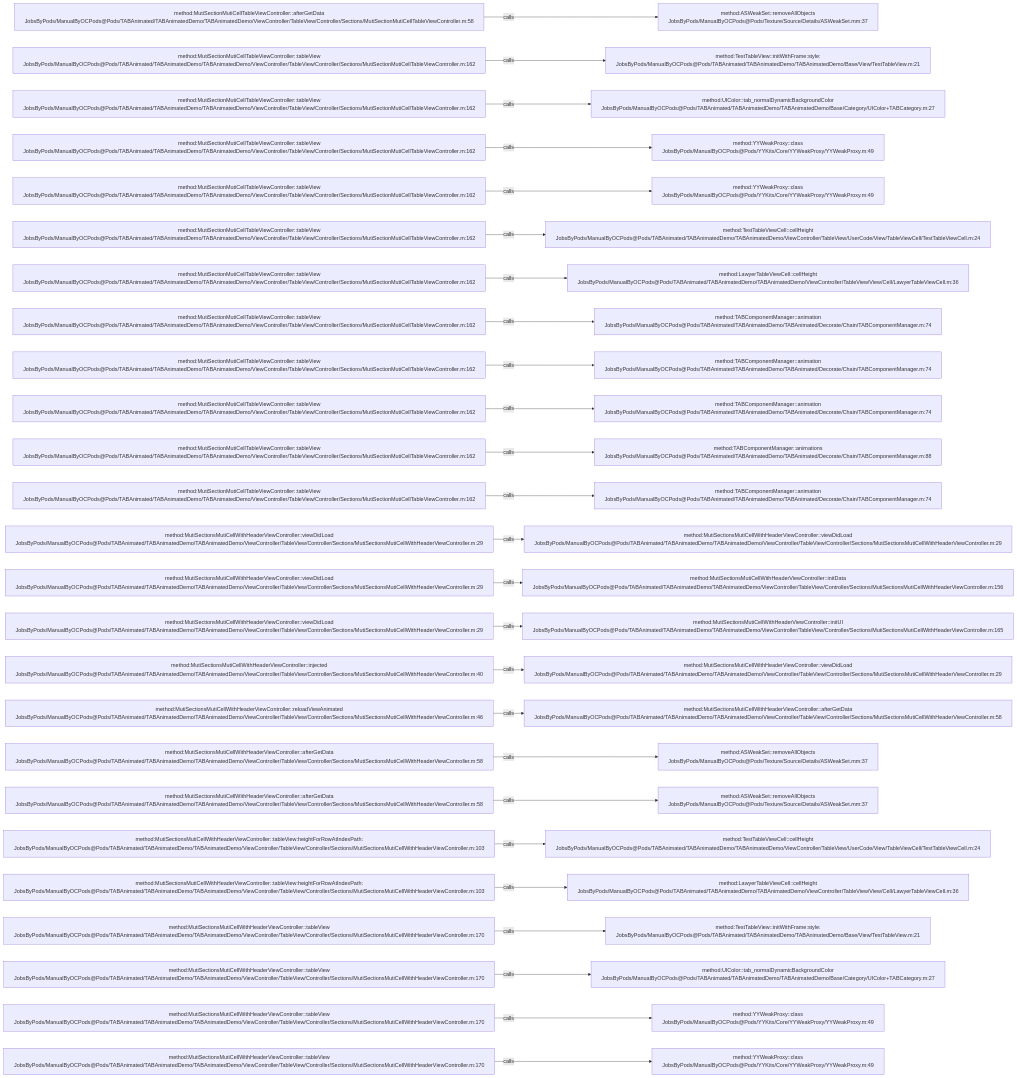
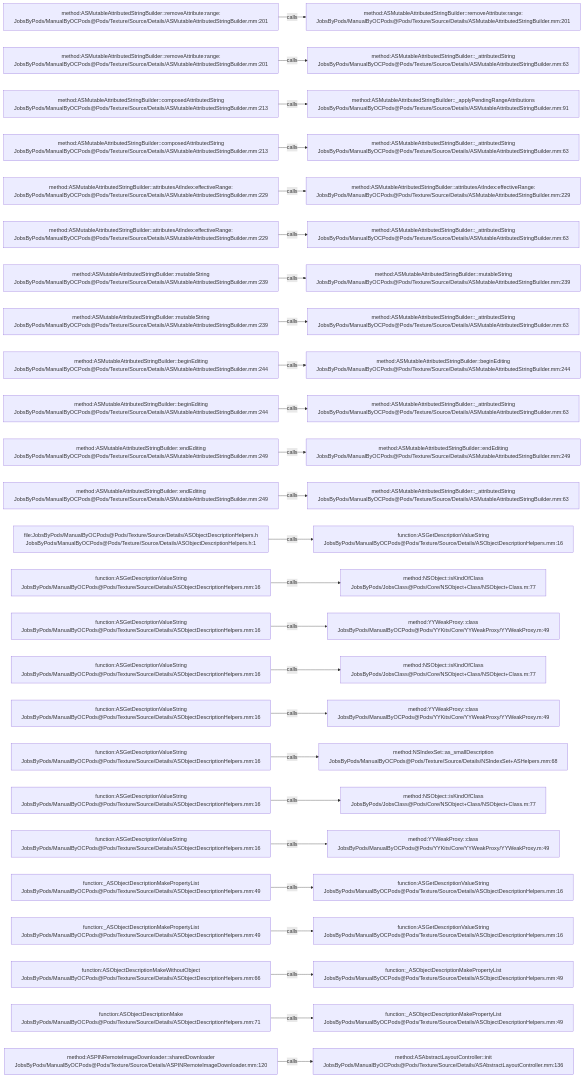
Before and after one commit to JobsKits/JobsOCBaseConfigDemo: the diagram in .codegraph/codegraph.md/graphs/calls-168.md, drawn with Mermaid. The commit also changed 2162 other files, not shown here.

````diff
--- a/.codegraph/codegraph.md/graphs/calls-168.md
+++ b/.codegraph/codegraph.md/graphs/calls-168.md
@@ -13,78 +13,78 @@
 ```mermaid
 flowchart LR
-  S1["method:MutiSectionMutiCellTableViewController::afterGetData<br/>JobsByPods/ManualByOCPods@Pods/TABAnimated/TABAnimatedDemo/TABAnimatedDemo/ViewController/TableView/Controller/Sections/MutiSectionMutiCellTableViewController.m:58"]
-  T1["method:ASWeakSet::removeAllObjects<br/>JobsByPods/ManualByOCPods@Pods/Texture/Source/Details/ASWeakSet.mm:37"]
+  S1["method:ASMutableAttributedStringBuilder::removeAttribute:range:<br/>JobsByPods/ManualByOCPods@Pods/Texture/Source/Details/ASMutableAttributedStringBuilder.mm:201"]
+  T1["method:ASMutableAttributedStringBuilder::removeAttribute:range:<br/>JobsByPods/ManualByOCPods@Pods/Texture/Source/Details/ASMutableAttributedStringBuilder.mm:201"]
   S1 -->|calls| T1
-  S2["method:MutiSectionMutiCellTableViewController::tableView<br/>JobsByPods/ManualByOCPods@Pods/TABAnimated/TABAnimatedDemo/TABAnimatedDemo/ViewController/TableView/Controller/Sections/MutiSectionMutiCellTableViewController.m:162"]
-  T2["method:TestTableView::initWithFrame:style:<br/>JobsByPods/ManualByOCPods@Pods/TABAnimated/TABAnimatedDemo/TABAnimatedDemo/Base/View/TestTableView.m:21"]
+  S2["method:ASMutableAttributedStringBuilder::removeAttribute:range:<br/>JobsByPods/ManualByOCPods@Pods/Texture/Source/Details/ASMutableAttributedStringBuilder.mm:201"]
+  T2["method:ASMutableAttributedStringBuilder::_attributedString<br/>JobsByPods/ManualByOCPods@Pods/Texture/Source/Details/ASMutableAttributedStringBuilder.mm:63"]
   S2 -->|calls| T2
-  S3["method:MutiSectionMutiCellTableViewController::tableView<br/>JobsByPods/ManualByOCPods@Pods/TABAnimated/TABAnimatedDemo/TABAnimatedDemo/ViewController/TableView/Controller/Sections/MutiSectionMutiCellTableViewController.m:162"]
-  T3["method:UIColor::tab_normalDynamicBackgroundColor<br/>JobsByPods/ManualByOCPods@Pods/TABAnimated/TABAnimatedDemo/TABAnimatedDemo/Base/Category/UIColor+TABCategory.m:27"]
+  S3["method:ASMutableAttributedStringBuilder::composedAttributedString<br/>JobsByPods/ManualByOCPods@Pods/Texture/Source/Details/ASMutableAttributedStringBuilder.mm:213"]
+  T3["method:ASMutableAttributedStringBuilder::_applyPendingRangeAttributions<br/>JobsByPods/ManualByOCPods@Pods/Texture/Source/Details/ASMutableAttributedStringBuilder.mm:91"]
   S3 -->|calls| T3
-  S4["method:MutiSectionMutiCellTableViewController::tableView<br/>JobsByPods/ManualByOCPods@Pods/TABAnimated/TABAnimatedDemo/TABAnimatedDemo/ViewController/TableView/Controller/Sections/MutiSectionMutiCellTableViewController.m:162"]
-  T4["method:YYWeakProxy::class<br/>JobsByPods/ManualByOCPods@Pods/YYKits/Core/YYWeakProxy/YYWeakProxy.m:49"]
+  S4["method:ASMutableAttributedStringBuilder::composedAttributedString<br/>JobsByPods/ManualByOCPods@Pods/Texture/Source/Details/ASMutableAttributedStringBuilder.mm:213"]
+  T4["method:ASMutableAttributedStringBuilder::_attributedString<br/>JobsByPods/ManualByOCPods@Pods/Texture/Source/Details/ASMutableAttributedStringBuilder.mm:63"]
   S4 -->|calls| T4
-  S5["method:MutiSectionMutiCellTableViewController::tableView<br/>JobsByPods/ManualByOCPods@Pods/TABAnimated/TABAnimatedDemo/TABAnimatedDemo/ViewController/TableView/Controller/Sections/MutiSectionMutiCellTableViewController.m:162"]
-  T5["method:YYWeakProxy::class<br/>JobsByPods/ManualByOCPods@Pods/YYKits/Core/YYWeakProxy/YYWeakProxy.m:49"]
+  S5["method:ASMutableAttributedStringBuilder::attributesAtIndex:effectiveRange:<br/>JobsByPods/ManualByOCPods@Pods/Texture/Source/Details/ASMutableAttributedStringBuilder.mm:229"]
+  T5["method:ASMutableAttributedStringBuilder::attributesAtIndex:effectiveRange:<br/>JobsByPods/ManualByOCPods@Pods/Texture/Source/Details/ASMutableAttributedStringBuilder.mm:229"]
   S5 -->|calls| T5
-  S6["method:MutiSectionMutiCellTableViewController::tableView<br/>JobsByPods/ManualByOCPods@Pods/TABAnimated/TABAnimatedDemo/TABAnimatedDemo/ViewController/TableView/Controller/Sections/MutiSectionMutiCellTableViewController.m:162"]
-  T6["method:TestTableViewCell::cellHeight<br/>JobsByPods/ManualByOCPods@Pods/TABAnimated/TABAnimatedDemo/TABAnimatedDemo/ViewController/TableView/UserCode/View/TableViewCell/TestTableViewCell.m:24"]
+  S6["method:ASMutableAttributedStringBuilder::attributesAtIndex:effectiveRange:<br/>JobsByPods/ManualByOCPods@Pods/Texture/Source/Details/ASMutableAttributedStringBuilder.mm:229"]
+  T6["method:ASMutableAttributedStringBuilder::_attributedString<br/>JobsByPods/ManualByOCPods@Pods/Texture/Source/Details/ASMutableAttributedStringBuilder.mm:63"]
   S6 -->|calls| T6
-  S7["method:MutiSectionMutiCellTableViewController::tableView<br/>JobsByPods/ManualByOCPods@Pods/TABAnimated/TABAnimatedDemo/TABAnimatedDemo/ViewController/TableView/Controller/Sections/MutiSectionMutiCellTableViewController.m:162"]
-  T7["method:LawyerTableViewCell::cellHeight<br/>JobsByPods/ManualByOCPods@Pods/TABAnimated/TABAnimatedDemo/TABAnimatedDemo/ViewController/TableView/View/Cell/LawyerTableViewCell.m:36"]
+  S7["method:ASMutableAttributedStringBuilder::mutableString<br/>JobsByPods/ManualByOCPods@Pods/Texture/Source/Details/ASMutableAttributedStringBuilder.mm:239"]
+  T7["method:ASMutableAttributedStringBuilder::mutableString<br/>JobsByPods/ManualByOCPods@Pods/Texture/Source/Details/ASMutableAttributedStringBuilder.mm:239"]
   S7 -->|calls| T7
-  S8["method:MutiSectionMutiCellTableViewController::tableView<br/>JobsByPods/ManualByOCPods@Pods/TABAnimated/TABAnimatedDemo/TABAnimatedDemo/ViewController/TableView/Controller/Sections/MutiSectionMutiCellTableViewController.m:162"]
-  T8["method:TABComponentManager::animation<br/>JobsByPods/ManualByOCPods@Pods/TABAnimated/TABAnimatedDemo/TABAnimated/Decorate/Chain/TABComponentManager.m:74"]
+  S8["method:ASMutableAttributedStringBuilder::mutableString<br/>JobsByPods/ManualByOCPods@Pods/Texture/Source/Details/ASMutableAttributedStringBuilder.mm:239"]
+  T8["method:ASMutableAttributedStringBuilder::_attributedString<br/>JobsByPods/ManualByOCPods@Pods/Texture/Source/Details/ASMutableAttributedStringBuilder.mm:63"]
   S8 -->|calls| T8
-  S9["method:MutiSectionMutiCellTableViewController::tableView<br/>JobsByPods/ManualByOCPods@Pods/TABAnimated/TABAnimatedDemo/TABAnimatedDemo/ViewController/TableView/Controller/Sections/MutiSectionMutiCellTableViewController.m:162"]
-  T9["method:TABComponentManager::animation<br/>JobsByPods/ManualByOCPods@Pods/TABAnimated/TABAnimatedDemo/TABAnimated/Decorate/Chain/TABComponentManager.m:74"]
+  S9["method:ASMutableAttributedStringBuilder::beginEditing<br/>JobsByPods/ManualByOCPods@Pods/Texture/Source/Details/ASMutableAttributedStringBuilder.mm:244"]
+  T9["method:ASMutableAttributedStringBuilder::beginEditing<br/>JobsByPods/ManualByOCPods@Pods/Texture/Source/Details/ASMutableAttributedStringBuilder.mm:244"]
   S9 -->|calls| T9
-  S10["method:MutiSectionMutiCellTableViewController::tableView<br/>JobsByPods/ManualByOCPods@Pods/TABAnimated/TABAnimatedDemo/TABAnimatedDemo/ViewController/TableView/Controller/Sections/MutiSectionMutiCellTableViewController.m:162"]
-  T10["method:TABComponentManager::animation<br/>JobsByPods/ManualByOCPods@Pods/TABAnimated/TABAnimatedDemo/TABAnimated/Decorate/Chain/TABComponentManager.m:74"]
+  S10["method:ASMutableAttributedStringBuilder::beginEditing<br/>JobsByPods/ManualByOCPods@Pods/Texture/Source/Details/ASMutableAttributedStringBuilder.mm:244"]
+  T10["method:ASMutableAttributedStringBuilder::_attributedString<br/>JobsByPods/ManualByOCPods@Pods/Texture/Source/Details/ASMutableAttributedStringBuilder.mm:63"]
   S10 -->|calls| T10
-  S11["method:MutiSectionMutiCellTableViewController::tableView<br/>JobsByPods/ManualByOCPods@Pods/TABAnimated/TABAnimatedDemo/TABAnimatedDemo/ViewController/TableView/Controller/Sections/MutiSectionMutiCellTableViewController.m:162"]
-  T11["method:TABComponentManager::animations<br/>JobsByPods/ManualByOCPods@Pods/TABAnimated/TABAnimatedDemo/TABAnimated/Decorate/Chain/TABComponentManager.m:88"]
+  S11["method:ASMutableAttributedStringBuilder::endEditing<br/>JobsByPods/ManualByOCPods@Pods/Texture/Source/Details/ASMutableAttributedStringBuilder.mm:249"]
+  T11["method:ASMutableAttributedStringBuilder::endEditing<br/>JobsByPods/ManualByOCPods@Pods/Texture/Source/Details/ASMutableAttributedStringBuilder.mm:249"]
   S11 -->|calls| T11
-  S12["method:MutiSectionMutiCellTableViewController::tableView<br/>JobsByPods/ManualByOCPods@Pods/TABAnimated/TABAnimatedDemo/TABAnimatedDemo/ViewController/TableView/Controller/Sections/MutiSectionMutiCellTableViewController.m:162"]
-  T12["method:TABComponentManager::animation<br/>JobsByPods/ManualByOCPods@Pods/TABAnimated/TABAnimatedDemo/TABAnimated/Decorate/Chain/TABComponentManager.m:74"]
+  S12["method:ASMutableAttributedStringBuilder::endEditing<br/>JobsByPods/ManualByOCPods@Pods/Texture/Source/Details/ASMutableAttributedStringBuilder.mm:249"]
+  T12["method:ASMutableAttributedStringBuilder::_attributedString<br/>JobsByPods/ManualByOCPods@Pods/Texture/Source/Details/ASMutableAttributedStringBuilder.mm:63"]
   S12 -->|calls| T12
-  S13["method:MutiSectionsMutiCellWithHeaderViewController::viewDidLoad<br/>JobsByPods/ManualByOCPods@Pods/TABAnimated/TABAnimatedDemo/TABAnimatedDemo/ViewController/TableView/Controller/Sections/MutiSectionsMutiCellWithHeaderViewController.m:29"]
-  T13["method:MutiSectionsMutiCellWithHeaderViewController::viewDidLoad<br/>JobsByPods/ManualByOCPods@Pods/TABAnimated/TABAnimatedDemo/TABAnimatedDemo/ViewController/TableView/Controller/Sections/MutiSectionsMutiCellWithHeaderViewController.m:29"]
+  S13["file:JobsByPods/ManualByOCPods@Pods/Texture/Source/Details/ASObjectDescriptionHelpers.h<br/>JobsByPods/ManualByOCPods@Pods/Texture/Source/Details/ASObjectDescriptionHelpers.h:1"]
+  T13["function:ASGetDescriptionValueString<br/>JobsByPods/ManualByOCPods@Pods/Texture/Source/Details/ASObjectDescriptionHelpers.mm:16"]
   S13 -->|calls| T13
-  S14["method:MutiSectionsMutiCellWithHeaderViewController::viewDidLoad<br/>JobsByPods/ManualByOCPods@Pods/TABAnimated/TABAnimatedDemo/TABAnimatedDemo/ViewController/TableView/Controller/Sections/MutiSectionsMutiCellWithHeaderViewController.m:29"]
-  T14["method:MutiSectionsMutiCellWithHeaderViewController::initData<br/>JobsByPods/ManualByOCPods@Pods/TABAnimated/TABAnimatedDemo/TABAnimatedDemo/ViewController/TableView/Controller/Sections/MutiSectionsMutiCellWithHeaderViewController.m:156"]
+  S14["function:ASGetDescriptionValueString<br/>JobsByPods/ManualByOCPods@Pods/Texture/Source/Details/ASObjectDescriptionHelpers.mm:16"]
+  T14["method:NSObject::isKindOfClass<br/>JobsByPods/JobsClass@Pods/Core/NSObject+Class/NSObject+Class.m:77"]
   S14 -->|calls| T14
-  S15["method:MutiSectionsMutiCellWithHeaderViewController::viewDidLoad<br/>JobsByPods/ManualByOCPods@Pods/TABAnimated/TABAnimatedDemo/TABAnimatedDemo/ViewController/TableView/Controller/Sections/MutiSectionsMutiCellWithHeaderViewController.m:29"]
-  T15["method:MutiSectionsMutiCellWithHeaderViewController::initUI<br/>JobsByPods/ManualByOCPods@Pods/TABAnimated/TABAnimatedDemo/TABAnimatedDemo/ViewController/TableView/Controller/Sections/MutiSectionsMutiCellWithHeaderViewController.m:165"]
+  S15["function:ASGetDescriptionValueString<br/>JobsByPods/ManualByOCPods@Pods/Texture/Source/Details/ASObjectDescriptionHelpers.mm:16"]
+  T15["method:YYWeakProxy::class<br/>JobsByPods/ManualByOCPods@Pods/YYKits/Core/YYWeakProxy/YYWeakProxy.m:49"]
   S15 -->|calls| T15
-  S16["method:MutiSectionsMutiCellWithHeaderViewController::injected<br/>JobsByPods/ManualByOCPods@Pods/TABAnimated/TABAnimatedDemo/TABAnimatedDemo/ViewController/TableView/Controller/Sections/MutiSectionsMutiCellWithHeaderViewController.m:40"]
-  T16["method:MutiSectionsMutiCellWithHeaderViewController::viewDidLoad<br/>JobsByPods/ManualByOCPods@Pods/TABAnimated/TABAnimatedDemo/TABAnimatedDemo/ViewController/TableView/Controller/Sections/MutiSectionsMutiCellWithHeaderViewController.m:29"]
+  S16["function:ASGetDescriptionValueString<br/>JobsByPods/ManualByOCPods@Pods/Texture/Source/Details/ASObjectDescriptionHelpers.mm:16"]
+  T16["method:NSObject::isKindOfClass<br/>JobsByPods/JobsClass@Pods/Core/NSObject+Class/NSObject+Class.m:77"]
   S16 -->|calls| T16
-  S17["method:MutiSectionsMutiCellWithHeaderViewController::reloadViewAnimated<br/>JobsByPods/ManualByOCPods@Pods/TABAnimated/TABAnimatedDemo/TABAnimatedDemo/ViewController/TableView/Controller/Sections/MutiSectionsMutiCellWithHeaderViewController.m:46"]
-  T17["method:MutiSectionsMutiCellWithHeaderViewController::afterGetData<br/>JobsByPods/ManualByOCPods@Pods/TABAnimated/TABAnimatedDemo/TABAnimatedDemo/ViewController/TableView/Controller/Sections/MutiSectionsMutiCellWithHeaderViewController.m:58"]
+  S17["function:ASGetDescriptionValueString<br/>JobsByPods/ManualByOCPods@Pods/Texture/Source/Details/ASObjectDescriptionHelpers.mm:16"]
+  T17["method:YYWeakProxy::class<br/>JobsByPods/ManualByOCPods@Pods/YYKits/Core/YYWeakProxy/YYWeakProxy.m:49"]
   S17 -->|calls| T17
-  S18["method:MutiSectionsMutiCellWithHeaderViewController::afterGetData<br/>JobsByPods/ManualByOCPods@Pods/TABAnimated/TABAnimatedDemo/TABAnimatedDemo/ViewController/TableView/Controller/Sections/MutiSectionsMutiCellWithHeaderViewController.m:58"]
-  T18["method:ASWeakSet::removeAllObjects<br/>JobsByPods/ManualByOCPods@Pods/Texture/Source/Details/ASWeakSet.mm:37"]
+  S18["function:ASGetDescriptionValueString<br/>JobsByPods/ManualByOCPods@Pods/Texture/Source/Details/ASObjectDescriptionHelpers.mm:16"]
+  T18["method:NSIndexSet::as_smallDescription<br/>JobsByPods/ManualByOCPods@Pods/Texture/Source/Details/NSIndexSet+ASHelpers.mm:68"]
   S18 -->|calls| T18
-  S19["method:MutiSectionsMutiCellWithHeaderViewController::afterGetData<br/>JobsByPods/ManualByOCPods@Pods/TABAnimated/TABAnimatedDemo/TABAnimatedDemo/ViewController/TableView/Controller/Sections/MutiSectionsMutiCellWithHeaderViewController.m:58"]
-  T19["method:ASWeakSet::removeAllObjects<br/>JobsByPods/ManualByOCPods@Pods/Texture/Source/Details/ASWeakSet.mm:37"]
+  S19["function:ASGetDescriptionValueString<br/>JobsByPods/ManualByOCPods@Pods/Texture/Source/Details/ASObjectDescriptionHelpers.mm:16"]
+  T19["method:NSObject::isKindOfClass<br/>JobsByPods/JobsClass@Pods/Core/NSObject+Class/NSObject+Class.m:77"]
   S19 -->|calls| T19
-  S20["method:MutiSectionsMutiCellWithHeaderViewController::tableView:heightForRowAtIndexPath:<br/>JobsByPods/ManualByOCPods@Pods/TABAnimated/TABAnimatedDemo/TABAnimatedDemo/ViewController/TableView/Controller/Sections/MutiSectionsMutiCellWithHeaderViewController.m:103"]
-  T20["method:TestTableViewCell::cellHeight<br/>JobsByPods/ManualByOCPods@Pods/TABAnimated/TABAnimatedDemo/TABAnimatedDemo/ViewController/TableView/UserCode/View/TableViewCell/TestTableViewCell.m:24"]
+  S20["function:ASGetDescriptionValueString<br/>JobsByPods/ManualByOCPods@Pods/Texture/Source/Details/ASObjectDescriptionHelpers.mm:16"]
+  T20["method:YYWeakProxy::class<br/>JobsByPods/ManualByOCPods@Pods/YYKits/Core/YYWeakProxy/YYWeakProxy.m:49"]
   S20 -->|calls| T20
-  S21["method:MutiSectionsMutiCellWithHeaderViewController::tableView:heightForRowAtIndexPath:<br/>JobsByPods/ManualByOCPods@Pods/TABAnimated/TABAnimatedDemo/TABAnimatedDemo/ViewController/TableView/Controller/Sections/MutiSectionsMutiCellWithHeaderViewController.m:103"]
-  T21["method:LawyerTableViewCell::cellHeight<br/>JobsByPods/ManualByOCPods@Pods/TABAnimated/TABAnimatedDemo/TABAnimatedDemo/ViewController/TableView/View/Cell/LawyerTableViewCell.m:36"]
+  S21["function:_ASObjectDescriptionMakePropertyList<br/>JobsByPods/ManualByOCPods@Pods/Texture/Source/Details/ASObjectDescriptionHelpers.mm:49"]
+  T21["function:ASGetDescriptionValueString<br/>JobsByPods/ManualByOCPods@Pods/Texture/Source/Details/ASObjectDescriptionHelpers.mm:16"]
   S21 -->|calls| T21
-  S22["method:MutiSectionsMutiCellWithHeaderViewController::tableView<br/>JobsByPods/ManualByOCPods@Pods/TABAnimated/TABAnimatedDemo/TABAnimatedDemo/ViewController/TableView/Controller/Sections/MutiSectionsMutiCellWithHeaderViewController.m:170"]
-  T22["method:TestTableView::initWithFrame:style:<br/>JobsByPods/ManualByOCPods@Pods/TABAnimated/TABAnimatedDemo/TABAnimatedDemo/Base/View/TestTableView.m:21"]
+  S22["function:_ASObjectDescriptionMakePropertyList<br/>JobsByPods/ManualByOCPods@Pods/Texture/Source/Details/ASObjectDescriptionHelpers.mm:49"]
+  T22["function:ASGetDescriptionValueString<br/>JobsByPods/ManualByOCPods@Pods/Texture/Source/Details/ASObjectDescriptionHelpers.mm:16"]
   S22 -->|calls| T22
-  S23["method:MutiSectionsMutiCellWithHeaderViewController::tableView<br/>JobsByPods/ManualByOCPods@Pods/TABAnimated/TABAnimatedDemo/TABAnimatedDemo/ViewController/TableView/Controller/Sections/MutiSectionsMutiCellWithHeaderViewController.m:170"]
-  T23["method:UIColor::tab_normalDynamicBackgroundColor<br/>JobsByPods/ManualByOCPods@Pods/TABAnimated/TABAnimatedDemo/TABAnimatedDemo/Base/Category/UIColor+TABCategory.m:27"]
+  S23["function:ASObjectDescriptionMakeWithoutObject<br/>JobsByPods/ManualByOCPods@Pods/Texture/Source/Details/ASObjectDescriptionHelpers.mm:66"]
+  T23["function:_ASObjectDescriptionMakePropertyList<br/>JobsByPods/ManualByOCPods@Pods/Texture/Source/Details/ASObjectDescriptionHelpers.mm:49"]
   S23 -->|calls| T23
-  S24["method:MutiSectionsMutiCellWithHeaderViewController::tableView<br/>JobsByPods/ManualByOCPods@Pods/TABAnimated/TABAnimatedDemo/TABAnimatedDemo/ViewController/TableView/Controller/Sections/MutiSectionsMutiCellWithHeaderViewController.m:170"]
-  T24["method:YYWeakProxy::class<br/>JobsByPods/ManualByOCPods@Pods/YYKits/Core/YYWeakProxy/YYWeakProxy.m:49"]
+  S24["function:ASObjectDescriptionMake<br/>JobsByPods/ManualByOCPods@Pods/Texture/Source/Details/ASObjectDescriptionHelpers.mm:71"]
+  T24["function:_ASObjectDescriptionMakePropertyList<br/>JobsByPods/ManualByOCPods@Pods/Texture/Source/Details/ASObjectDescriptionHelpers.mm:49"]
   S24 -->|calls| T24
-  S25["method:MutiSectionsMutiCellWithHeaderViewController::tableView<br/>JobsByPods/ManualByOCPods@Pods/TABAnimated/TABAnimatedDemo/TABAnimatedDemo/ViewController/TableView/Controller/Sections/MutiSectionsMutiCellWithHeaderViewController.m:170"]
-  T25["method:YYWeakProxy::class<br/>JobsByPods/ManualByOCPods@Pods/YYKits/Core/YYWeakProxy/YYWeakProxy.m:49"]
+  S25["method:ASPINRemoteImageDownloader::sharedDownloader<br/>JobsByPods/ManualByOCPods@Pods/Texture/Source/Details/ASPINRemoteImageDownloader.mm:120"]
+  T25["method:ASAbstractLayoutController::init<br/>JobsByPods/ManualByOCPods@Pods/Texture/Source/Details/ASAbstractLayoutController.mm:136"]
   S25 -->|calls| T25
 ```
````
